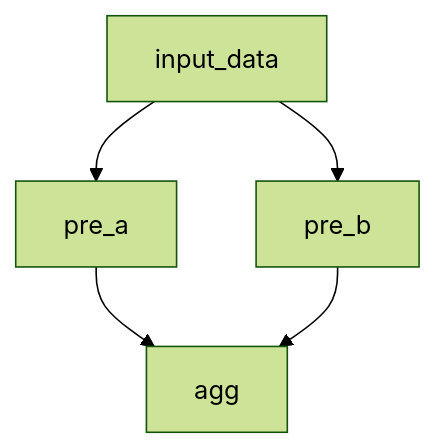
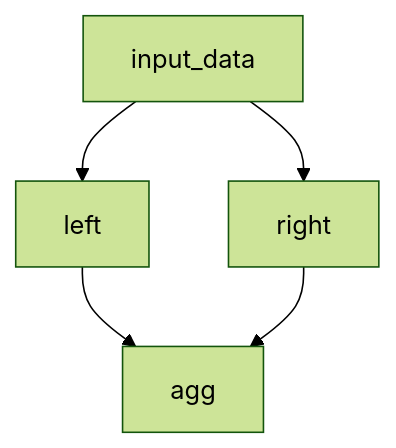
Before and after one commit to polvalente/handoff: the diagram in guides/distributed_execution.md, drawn with Mermaid (forest theme).

````diff
--- a/guides/distributed_execution.md
+++ b/guides/distributed_execution.md
@@ -161,7 +161,7 @@
 ```mermaid
 graph TD;
-  input_data --> pre_a;
-  input_data --> pre_b;
-  pre_a --> agg;
-  pre_b --> agg;
+  input_data --> left;
+  input_data --> right;
+  left --> agg;
+  right --> agg;
 ```
````
